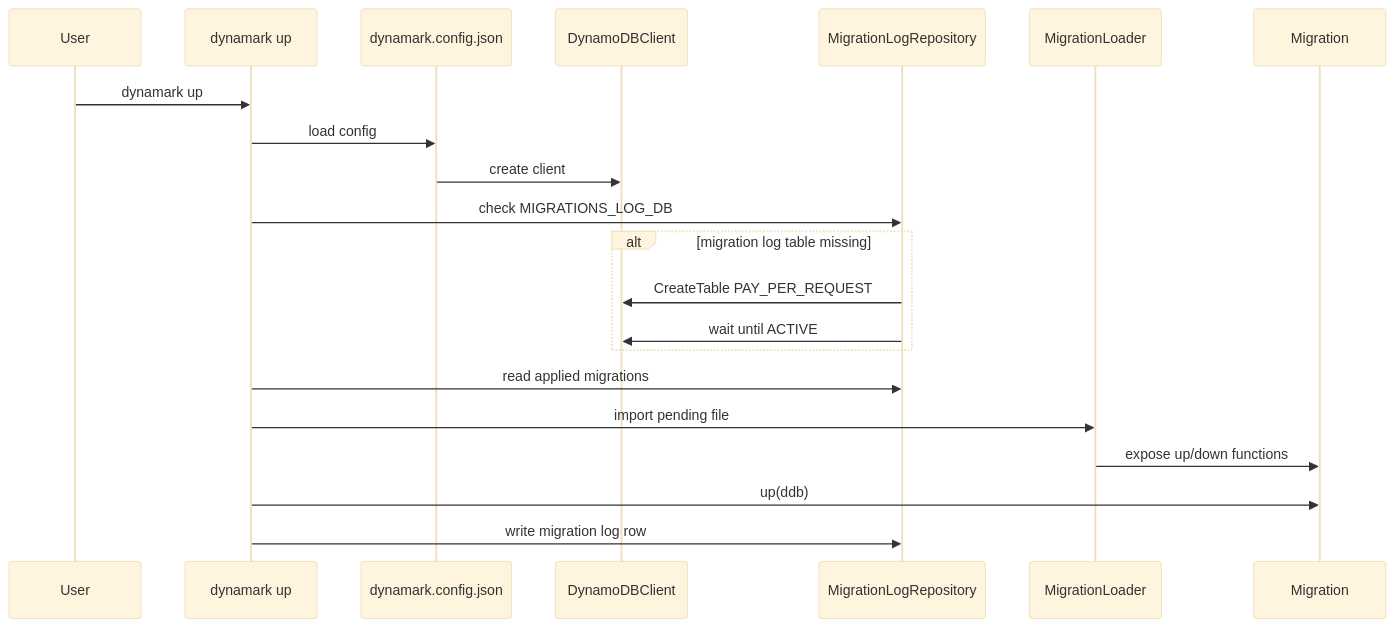
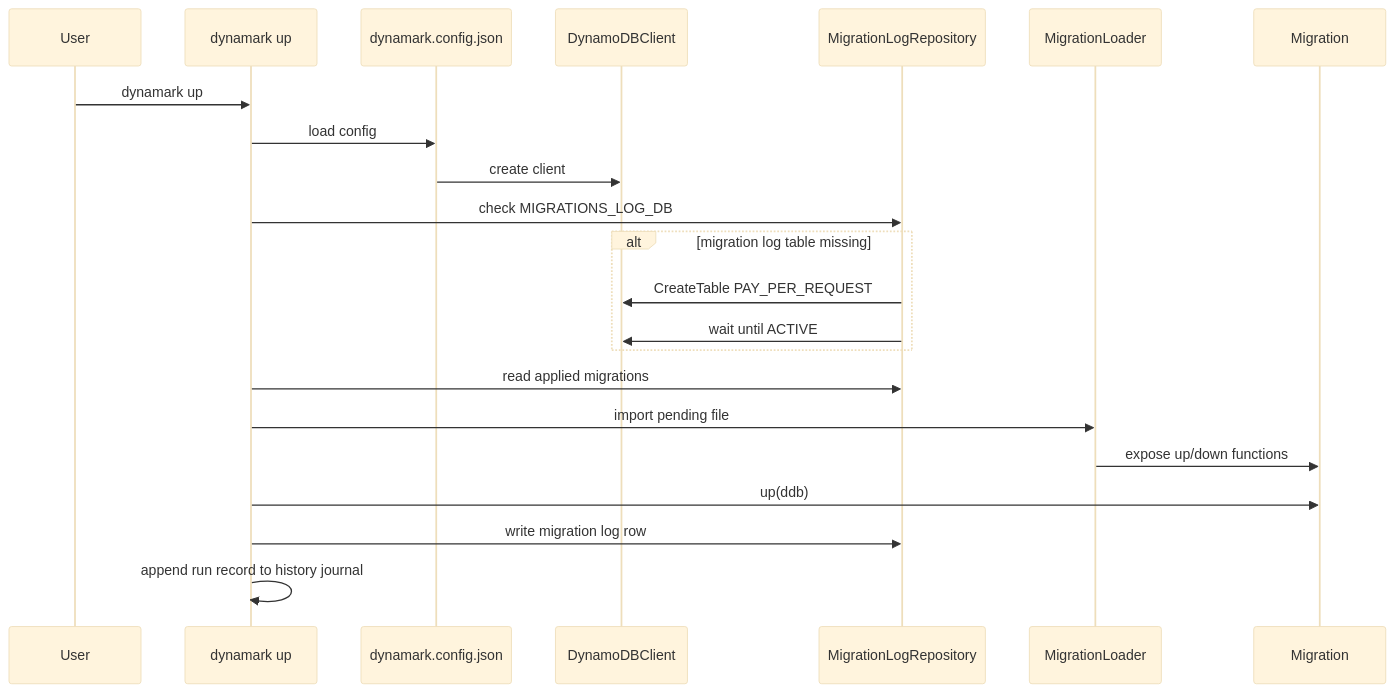
Before and after one commit to Gizmodlabs/dynamark: the second of 4 diagrams in docs/architecture.md, drawn with Mermaid (base theme). The commit also changed other lines of this file and 22 other files, not shown here.

````diff
--- a/docs/architecture.md
+++ b/docs/architecture.md
@@ -36,24 +40,25 @@
 ```mermaid
 sequenceDiagram
   participant User
   participant CLI as dynamark up
   participant Config as dynamark.config.json
   participant DDB as DynamoDBClient
   participant Repo as MigrationLogRepository
   participant Loader as MigrationLoader
   participant Migration
 
   User->>CLI: dynamark up
   CLI->>Config: load config
   Config->>DDB: create client
   CLI->>Repo: check MIGRATIONS_LOG_DB
   alt migration log table missing
     Repo->>DDB: CreateTable PAY_PER_REQUEST
     Repo->>DDB: wait until ACTIVE
   end
   CLI->>Repo: read applied migrations
   CLI->>Loader: import pending file
   Loader->>Migration: expose up/down functions
   CLI->>Migration: up(ddb)
   CLI->>Repo: write migration log row
+  CLI->>CLI: append run record to history journal
 ```
````
